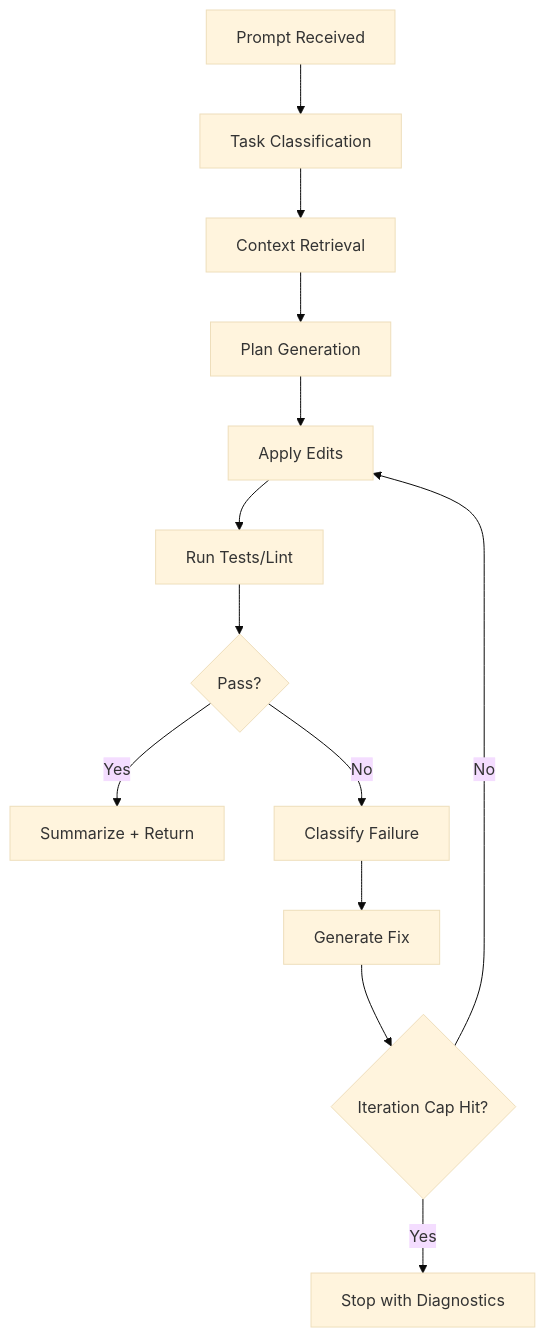
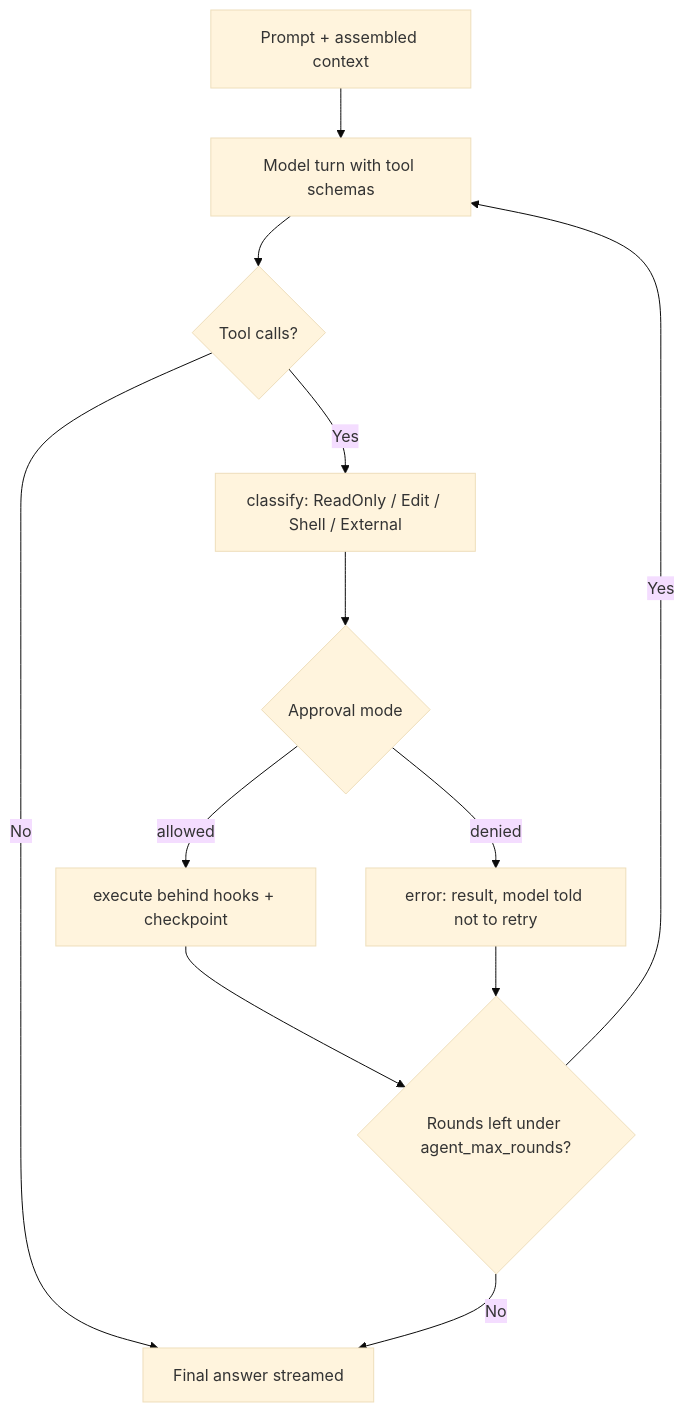
Before and after one commit to sreevarshan-xenoz/xencode: the second of 2 diagrams in README.md, drawn with Mermaid (base theme). The commit also changed other lines of this file and 10 other files, not shown here.

````diff
--- a/README.md
+++ b/README.md
@@ -288,15 +306,14 @@
 ```mermaid
 flowchart TD
-    A[Prompt Received] --> B[Task Classification]
-    B --> C[Context Retrieval]
-    C --> D[Plan Generation]
-    D --> E[Apply Edits]
-    E --> F[Run Tests/Lint]
-    F --> G{Pass?}
-    G -- Yes --> H[Summarize + Return]
-    G -- No --> I[Classify Failure]
-    I --> J[Generate Fix]
-    J --> K{Iteration Cap Hit?}
-    K -- No --> E
-    K -- Yes --> L[Stop with Diagnostics]
+    A[Prompt + assembled context] --> B[Model turn with tool schemas]
+    B --> C{Tool calls?}
+    C -- No --> H[Final answer streamed]
+    C -- Yes --> D[classify: ReadOnly / Edit / Shell / External]
+    D --> E{Approval mode}
+    E -- denied --> F[error: result, model told not to retry]
+    E -- allowed --> G[execute behind hooks + checkpoint]
+    G --> I{Rounds left under agent_max_rounds?}
+    F --> I
+    I -- Yes --> B
+    I -- No --> H
 ```
````
